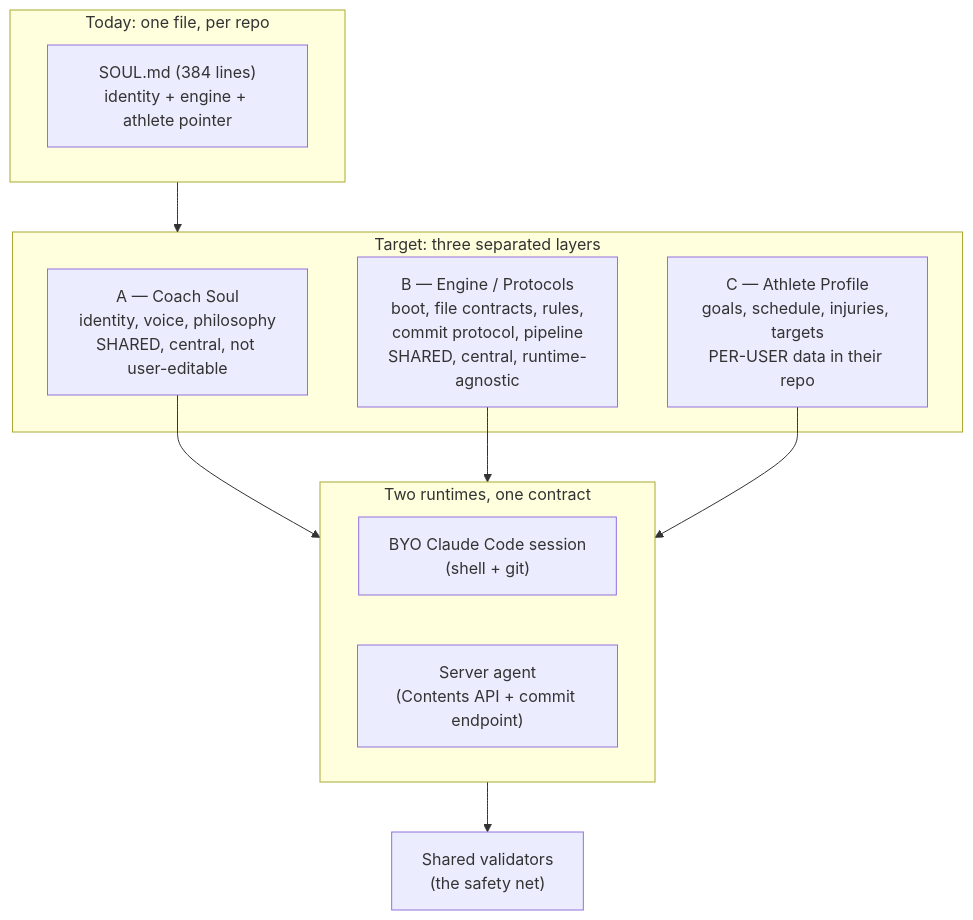
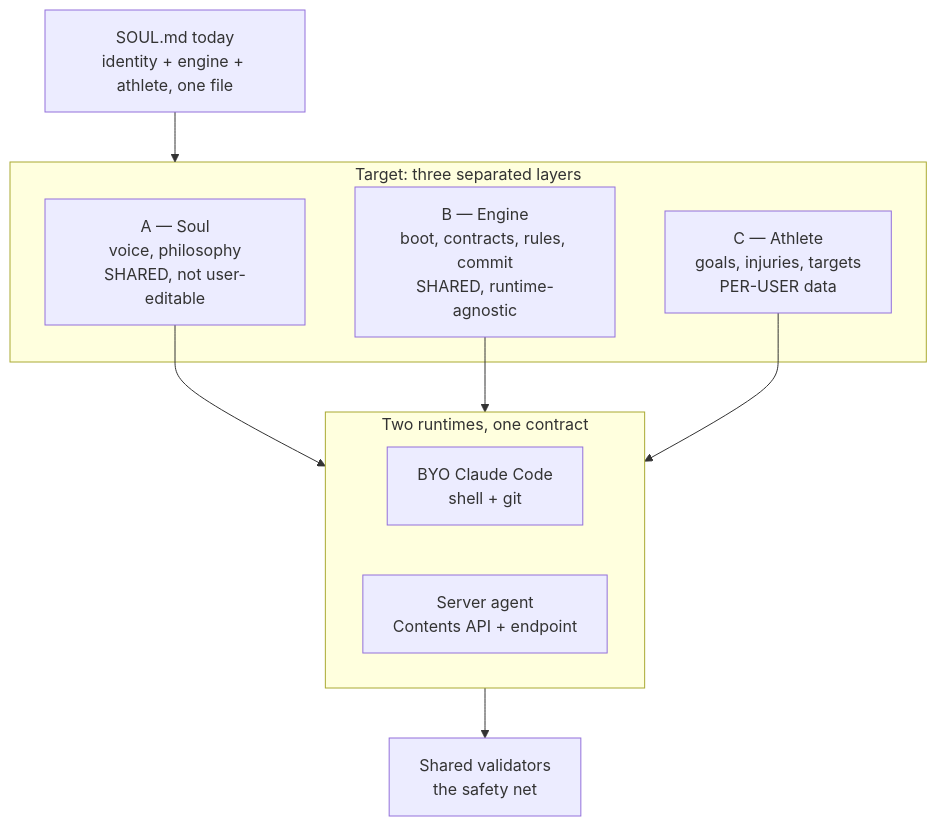
One commit to coach-phelps-hq/coach-phelps-template changed the third of 7 diagrams in docs/scaling-plan.md. Above: the diagram before and after it, drawn with Mermaid. The commit also changed other lines of this file, not shown here.

````diff
--- a/docs/scaling-plan.md
+++ b/docs/scaling-plan.md
@@ -189,25 +128,17 @@
 ```mermaid
 flowchart TB
-  subgraph today["Today: one file, per repo"]
-    monolith["SOUL.md (384 lines)<br/>identity + engine + athlete pointer"]
+  monolith["SOUL.md today<br/>identity + engine + athlete, one file"] --> split
+  subgraph split["Target: three separated layers"]
+    A["A — Soul<br/>voice, philosophy<br/>SHARED, not user-editable"]
+    B["B — Engine<br/>boot, contracts, rules, commit<br/>SHARED, runtime-agnostic"]
+    C["C — Athlete<br/>goals, injuries, targets<br/>PER-USER data"]
   end
-
-  today --> split
-
-  subgraph split["Target: three separated layers"]
-    A["A — Coach Soul<br/>identity, voice, philosophy<br/>SHARED, central, not user-editable"]
-    B["B — Engine / Protocols<br/>boot, file contracts, rules,<br/>commit protocol, pipeline<br/>SHARED, central, runtime-agnostic"]
-    C["C — Athlete Profile<br/>goals, schedule, injuries, targets<br/>PER-USER data in their repo"]
-  end
-
   A --> runtimes
   B --> runtimes
   C --> runtimes
-
   subgraph runtimes["Two runtimes, one contract"]
-    claude["BYO Claude Code session<br/>(shell + git)"]
-    srv["Server agent<br/>(Contents API + commit endpoint)"]
+    claude["BYO Claude Code<br/>shell + git"]
+    srv["Server agent<br/>Contents API + endpoint"]
   end
-
-  runtimes --> val["Shared validators<br/>(the safety net)"]
+  runtimes --> val["Shared validators<br/>the safety net"]
 ```
````
